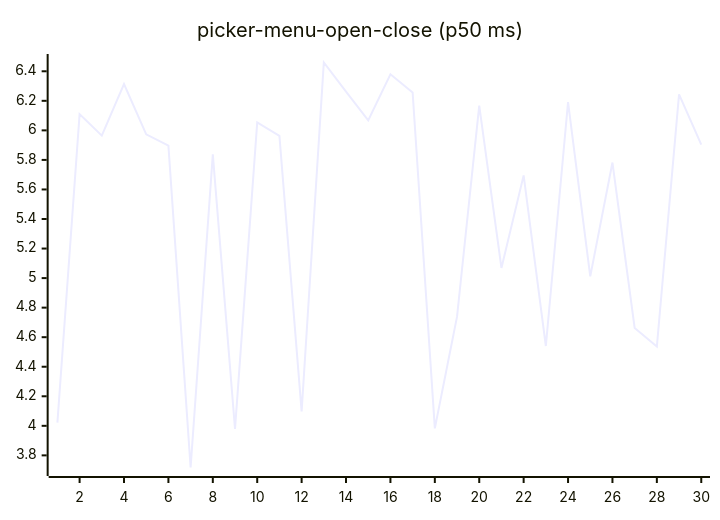
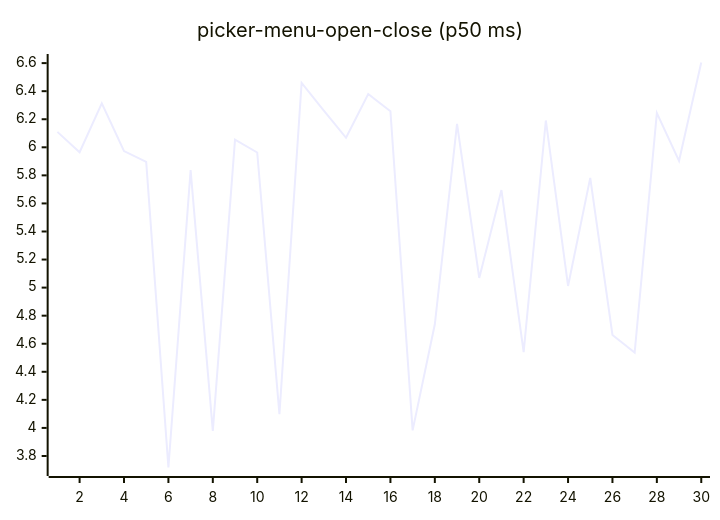
Before and after one commit to josha/Facet: diagram 16 of 27 in README.md, drawn with Mermaid. The commit also changed other lines of this file and 2 other files, not shown here.

````diff
--- a/README.md
+++ b/README.md
@@ -168,6 +168,6 @@
 ```mermaid
 xychart-beta
     title "picker-menu-open-close (p50 ms)"
     x-axis 1 --> 30
-    line [4.0216, 6.1100, 5.9646, 6.3137, 5.9733, 5.8960, 3.7179, 5.8378, 3.9788, 6.0543, 5.9629, 4.0972, 6.4594, 6.2618, 6.0678, 6.3801, 6.2569, 3.9826, 4.7388, 6.1676, 5.0690, 5.6954, 4.5402, 6.1912, 5.0120, 5.7822, 4.6627, 4.5372, 6.2442, 5.9038]
+    line [6.1100, 5.9646, 6.3137, 5.9733, 5.8960, 3.7179, 5.8378, 3.9788, 6.0543, 5.9629, 4.0972, 6.4594, 6.2618, 6.0678, 6.3801, 6.2569, 3.9826, 4.7388, 6.1676, 5.0690, 5.6954, 4.5402, 6.1912, 5.0120, 5.7822, 4.6627, 4.5372, 6.2442, 5.9038, 6.6044]
 ```
````
